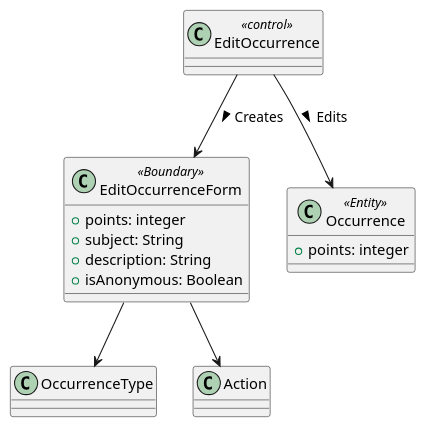
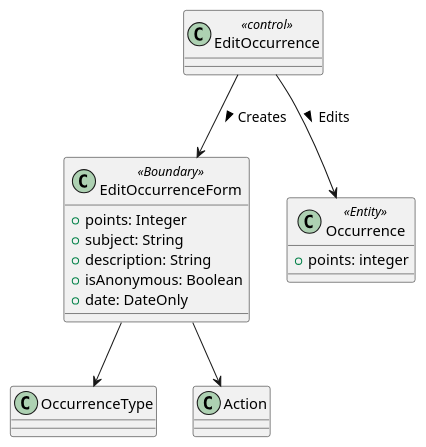
The second of 2 diagrams in Use Cases/EditOccurrence.iuml (bmb0136/COMP-3700-Project), drawn with PlantUML before and after one commit.

Commit message:
add date to EO form

```diff
--- a/Use Cases/EditOccurrence.iuml
+++ b/Use Cases/EditOccurrence.iuml
@@ -37,23 +37,24 @@
 @startuml Edit Occurrence Object Model
 
 class EditOccurrence <<control>> {}
 
 class EditOccurrenceForm <<Boundary>>
 {
-+points: integer
++points: Integer
 +subject: String
 +description: String
 +isAnonymous: Boolean
++date: DateOnly
 }
 class Occurrence <<Entity>>
 {
 +points: integer
 }
 
 EditOccurrence --> EditOccurrenceForm : Creates >
 EditOccurrenceForm --> OccurrenceType
 EditOccurrenceForm --> Action
 
 EditOccurrence --> Occurrence : Edits >
 
 @enduml
```
